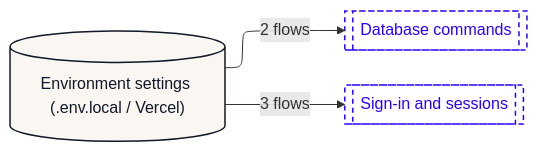
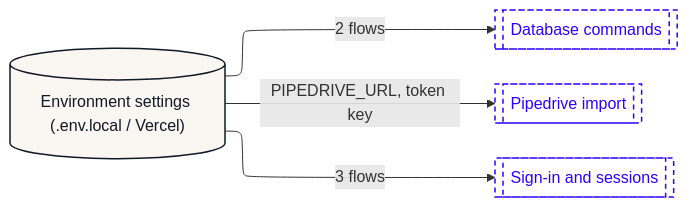
The tenth of 12 diagrams in dataflow/DATAFLOW.md (Romain-Perche/Barnacle-Pipe), drawn with Mermaid before and after one commit. The commit also changed other lines of this file and 12 other files, not shown here.

````diff
--- a/dataflow/DATAFLOW.md
+++ b/dataflow/DATAFLOW.md
@@ -551,20 +631,22 @@
 ```mermaid
 ---
 config:
   layout: elk
 ---
 flowchart LR
     n1[("Environment settings (.env.local / Vercel)")]
     n2[["Database commands"]]
-    n3[["Sign-in and sessions"]]
-    n1 -->|"3 flows"| n3
+    n3[["Pipedrive import"]]
+    n4[["Sign-in and sessions"]]
+    n1 -->|"3 flows"| n4
     n1 -->|"2 flows"| n2
+    n1 -->|"PIPEDRIVE_URL, token key"| n3
     classDef actor fill:#FFFFFF,stroke:#111827,stroke-width:1px,color:#111827
     classDef process fill:#EDEAFF,stroke:#2B00FF,stroke-width:1.5px,color:#111827
     classDef store fill:#FAF6F1,stroke:#111827,stroke-width:1.5px,color:#111827
     classDef zone fill:#1A1A1A,stroke:#1A1A1A,color:#FFFFFF
     classDef group fill:#2B00FF,stroke:#2B00FF,color:#FFFFFF
     classDef stub fill:#FFFFFF,stroke:#2B00FF,stroke-width:1.5px,stroke-dasharray:5 4,color:#2B00FF
     class n1 store
-    class n2,n3 stub
+    class n2,n3,n4 stub
 ```
````
